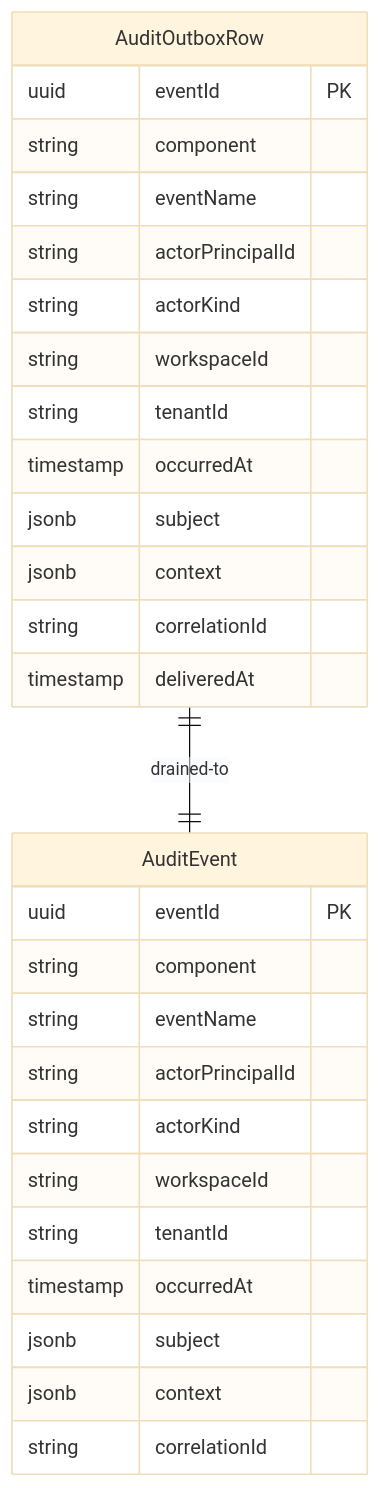
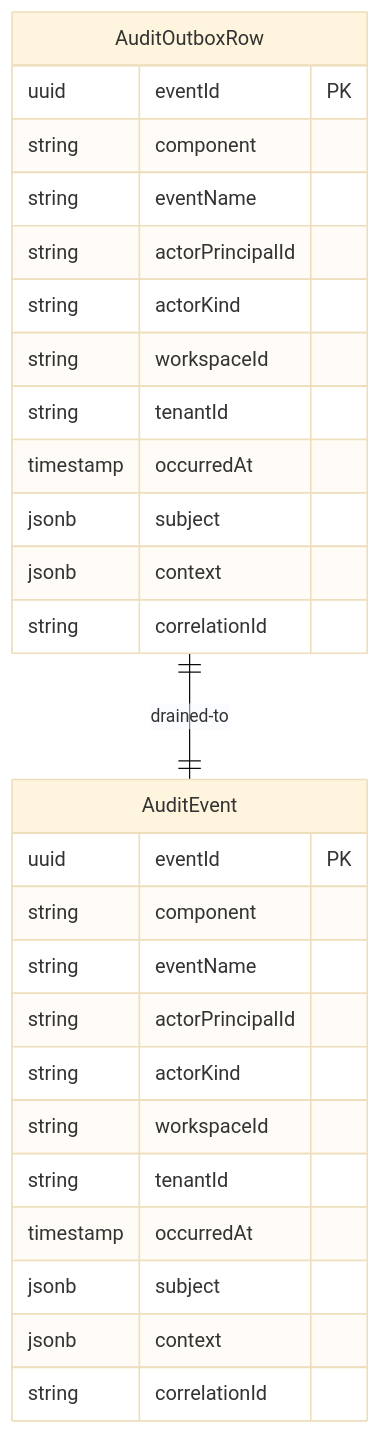
Before and after one commit to toddysm/custos: the fifth of 5 diagrams in design/components/observability-audit-service/design.md, drawn with Mermaid (base theme). The commit also changed other lines of this file and 7 other files, not shown here.

````diff
--- a/design/components/observability-audit-service/design.md
+++ b/design/components/observability-audit-service/design.md
@@ -193,31 +193,30 @@
 ```mermaid
 erDiagram
     AuditOutboxRow {
         uuid eventId PK
         string component
         string eventName
         string actorPrincipalId
         string actorKind
         string workspaceId
         string tenantId
         timestamp occurredAt
         jsonb subject
         jsonb context
         string correlationId
-        timestamp deliveredAt
     }
     AuditEvent {
         uuid eventId PK
         string component
         string eventName
         string actorPrincipalId
         string actorKind
         string workspaceId
         string tenantId
         timestamp occurredAt
         jsonb subject
         jsonb context
         string correlationId
     }
     AuditOutboxRow ||--|| AuditEvent : "drained-to"
 ```
````
